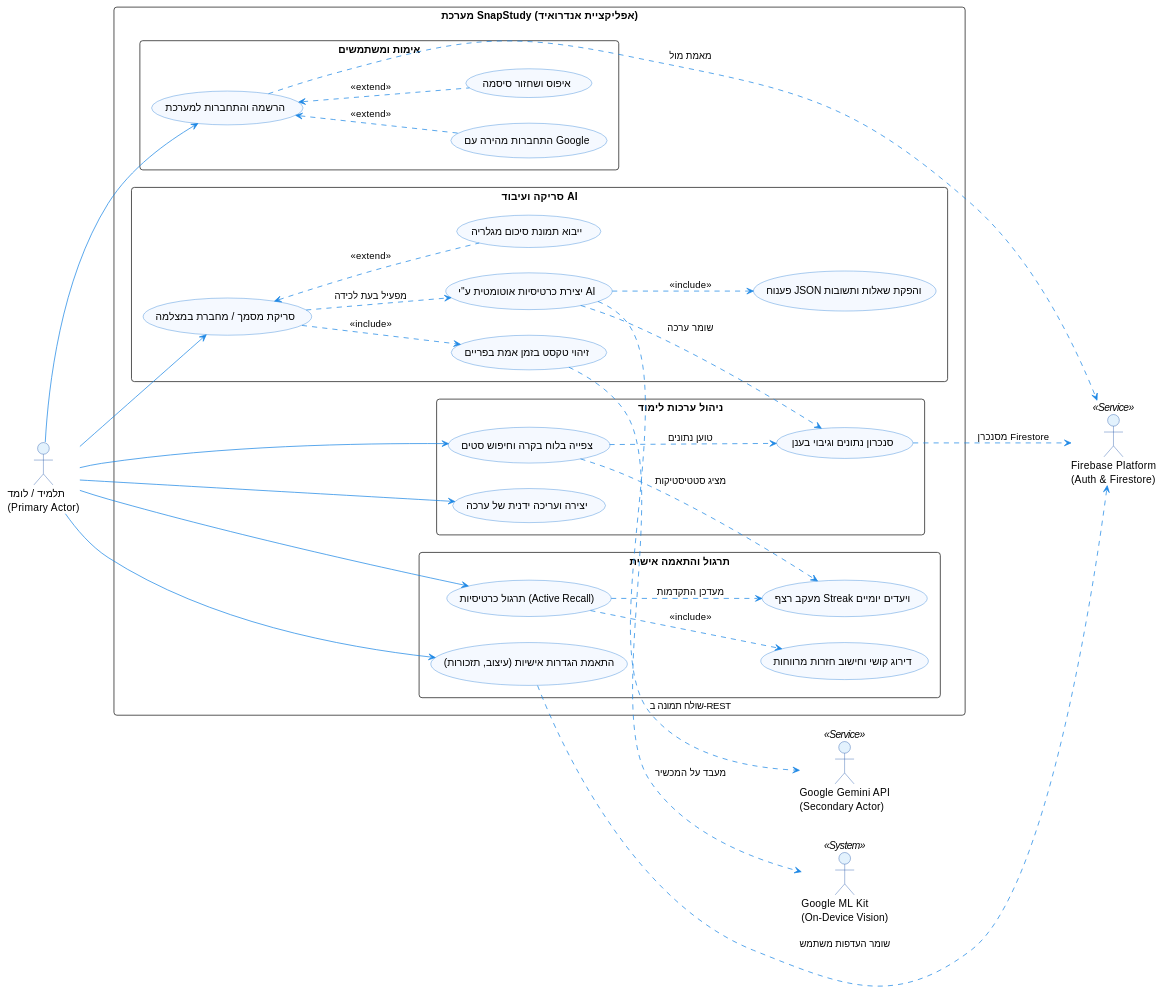
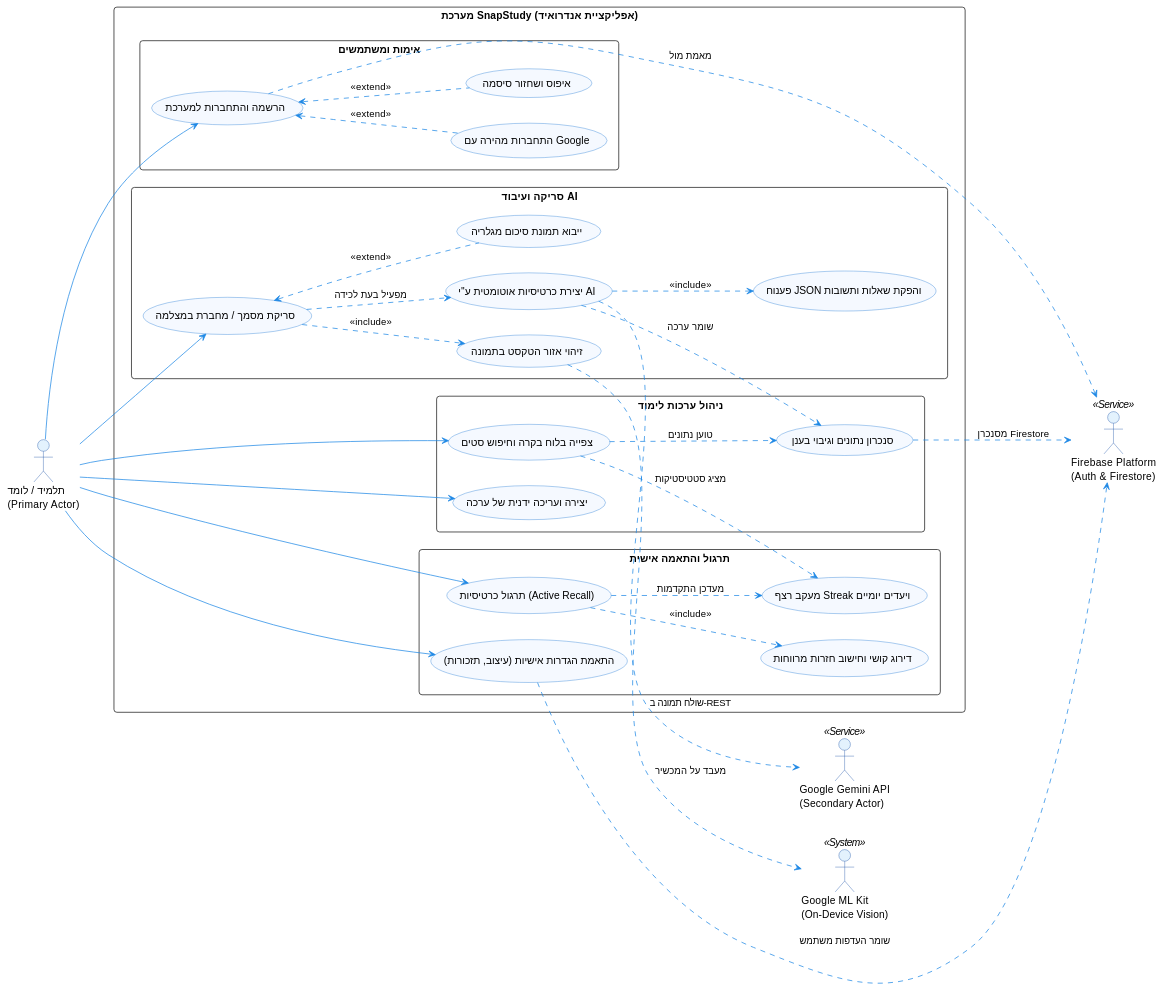
The first of 2 diagrams in SnapStudy_Project_Book_5Units.md (yaheli-mil/SnapStudy), drawn with PlantUML before and after one commit. The commit also changed other lines of this file and 17 other files, not shown here.

First line of the commit message:
docs: update book, diagrams, planning doc and README for the simplified code

```diff
--- a/SnapStudy_Project_Book_5Units.md
+++ b/SnapStudy_Project_Book_5Units.md
@@ -144,7 +144,7 @@
     
     package "סריקה ועיבוד AI" {
         usecase "סריקת מסמך / מחברת במצלמה" as UC_Scan
-        usecase "זיהוי טקסט בזמן אמת בפריים" as UC_MLDetect
+        usecase "זיהוי אזור הטקסט בתמונה" as UC_MLDetect
         usecase "ייבוא תמונת סיכום מגלריה" as UC_Gallery
         usecase "יצירת כרטיסיות אוטומטית ע''י AI" as UC_GenerateAI
         usecase "פענוח JSON והפקת שאלות ותשובות" as UC_ParseAI
```
